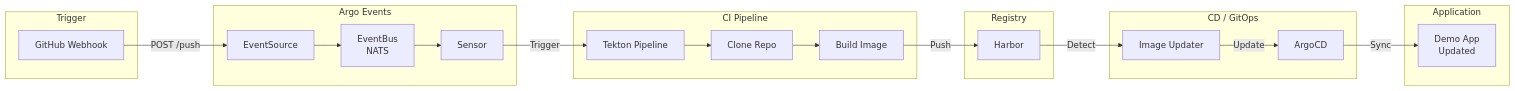
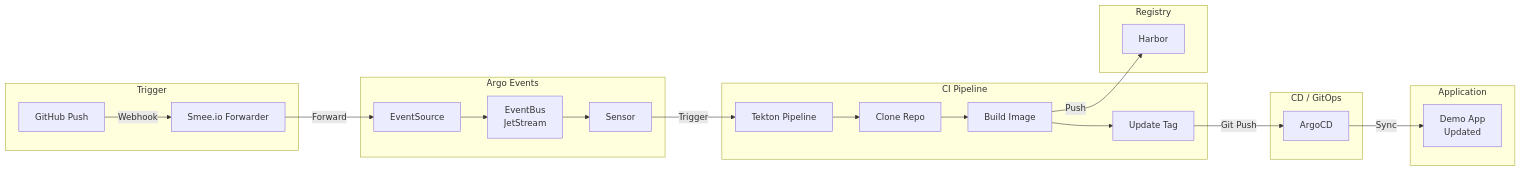
Before and after one commit to emilpeychev/kind-cluster-cilium: the second of 2 diagrams in README.md, drawn with Mermaid. The commit also changed other lines of this file and 2 other files, not shown here.

````diff
--- a/README.md
+++ b/README.md
@@ -116,42 +115,44 @@
 ```mermaid
 flowchart LR
     subgraph Trigger
-        GH[GitHub Webhook]
+        GH[GitHub Push]
+        SM[Smee.io Forwarder]
     end
     
     subgraph "Argo Events"
         ES[EventSource]
-        EB[EventBus<br/>NATS]
+        EB[EventBus<br/>JetStream]
         SE[Sensor]
     end
     
     subgraph "CI Pipeline"
         TK[Tekton Pipeline]
         CL[Clone Repo]
         BD[Build Image]
+        UT[Update Tag]
     end
     
     subgraph Registry
         HB[Harbor]
     end
     
     subgraph "CD / GitOps"
-        IU[Image Updater]
         AC[ArgoCD]
     end
     
     subgraph Application
         APP[Demo App<br/>Updated]
     end
     
-    GH -->|POST /push| ES
+    GH -->|Webhook| SM
+    SM -->|Forward| ES
     ES --> EB
     EB --> SE
     SE -->|Trigger| TK
     TK --> CL
     CL --> BD
     BD -->|Push| HB
-    HB -->|Detect| IU
-    IU -->|Update| AC
+    BD --> UT
+    UT -->|Git Push| AC
     AC -->|Sync| APP
 ```
````
